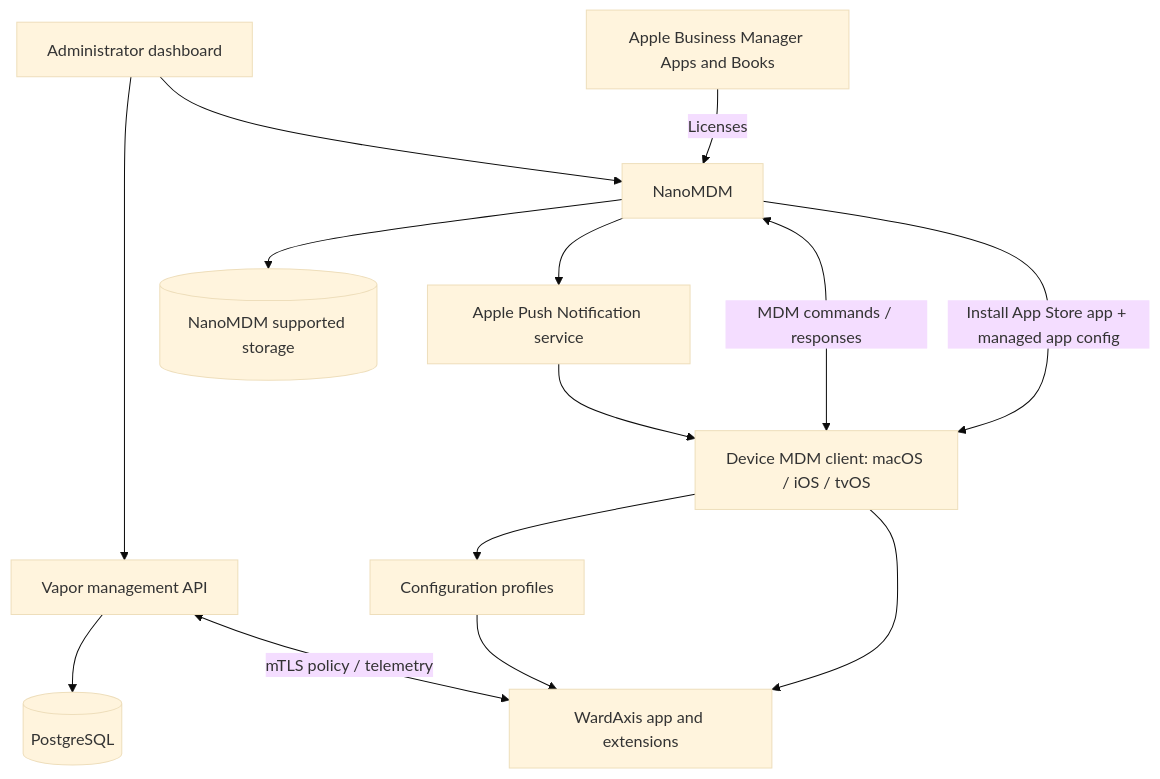
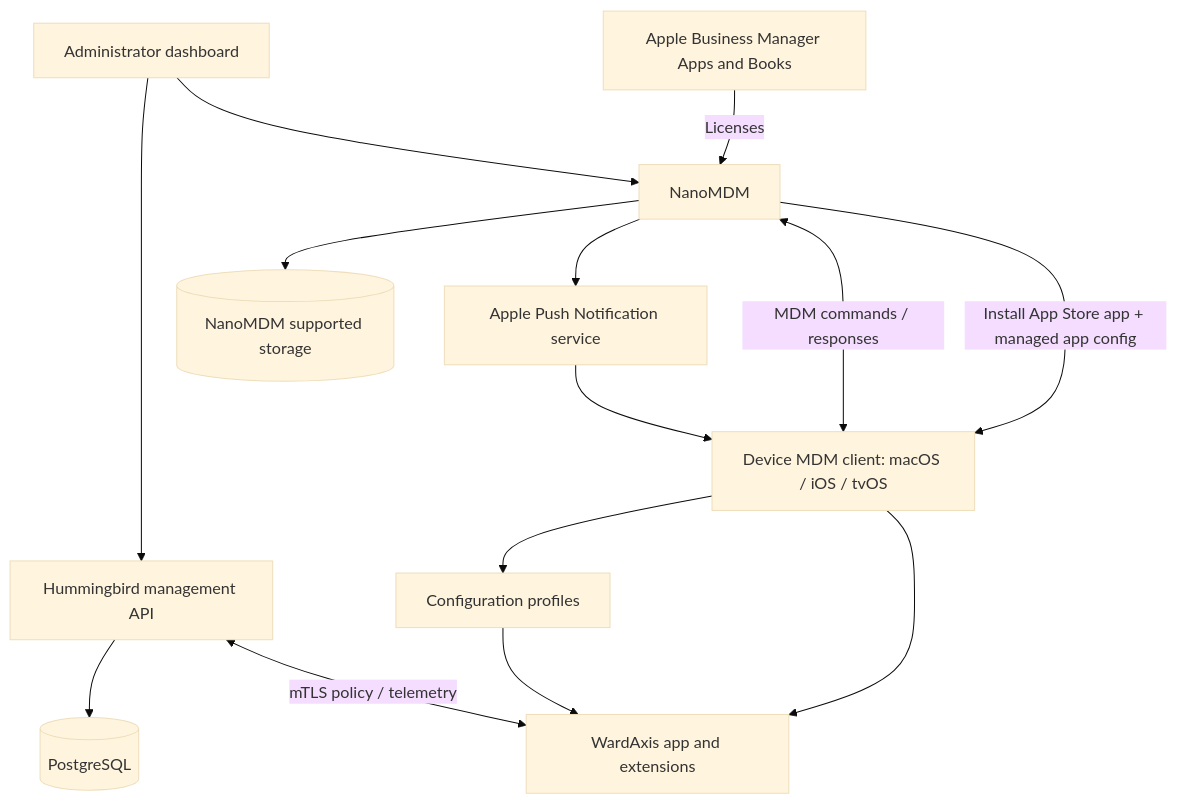
The diagram in roadmap/05-enterprise-management.md (Agnidia/WardAxis), drawn with Mermaid (base theme) before and after one commit. The commit also changed other lines of this file and 3 other files, not shown here.

First line of the commit message:
#5 docs(roadmap): Adopt Hummingbird 2 and Swift 6.4

````diff
--- a/roadmap/05-enterprise-management.md
+++ b/roadmap/05-enterprise-management.md
@@ -15,16 +15,16 @@
 ```mermaid
 flowchart TD
-    UI[Administrator dashboard] --> API[Vapor management API]
+    UI[Administrator dashboard] --> API[Hummingbird management API]
     UI --> MDM[NanoMDM]
     API --> DB[(PostgreSQL)]
     MDM --> MS[(NanoMDM supported storage)]
     MDM --> APNS[Apple Push Notification service]
     APNS --> MC[Device MDM client: macOS / iOS / tvOS]
     MDM <-->|MDM commands / responses| MC
     ABM[Apple Business Manager Apps and Books] -->|Licenses| MDM
     MDM -->|Install App Store app + managed app config| MC
     MC --> C[Configuration profiles]
     MC --> A[WardAxis app and extensions]
     C --> A
     API <-->|mTLS policy / telemetry| A
 ```
````
